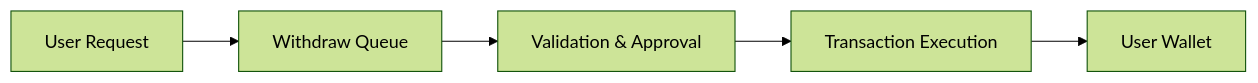
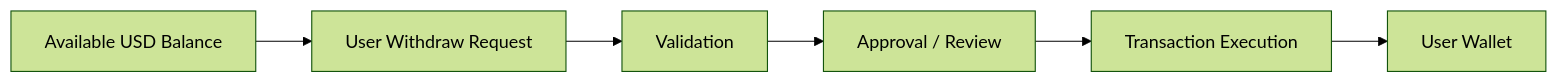
One commit to FOPEN2010/docs changed the diagram in product/withdrawal.mdx. Above: the diagram before and after it, drawn with Mermaid (forest theme). The commit also changed other lines of this file and 4 other files, not shown here.

````diff
--- a/product/withdrawal.mdx
+++ b/product/withdrawal.mdx
@@ -19,7 +48,8 @@
 ```mermaid
 flowchart LR
-    A[User Request] --> B[Withdraw Queue]
-    B --> C[Validation & Approval]
-    C --> D[Transaction Execution]
-    D --> E[User Wallet]
+    A[Available USD Balance] --> B[User Withdraw Request]
+    B --> C[Validation]
+    C --> D[Approval / Review]
+    D --> E[Transaction Execution]
+    E --> F[User Wallet]
 ```
````
